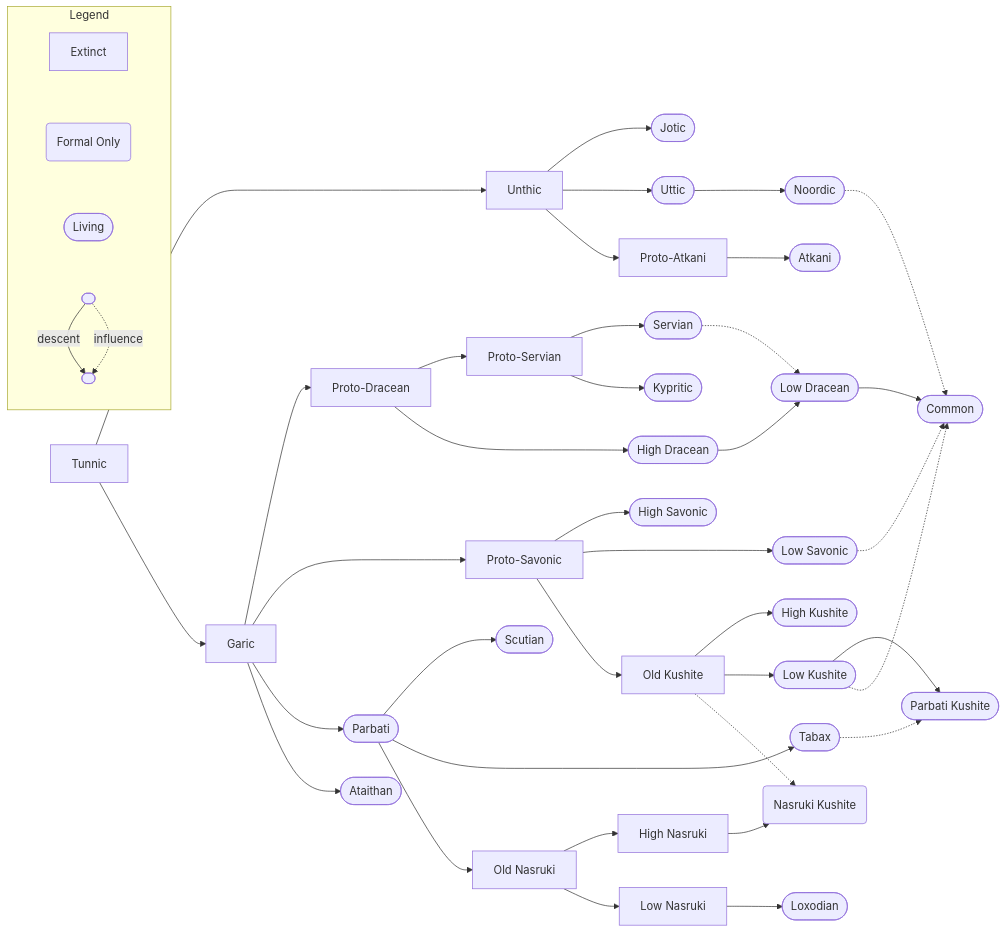
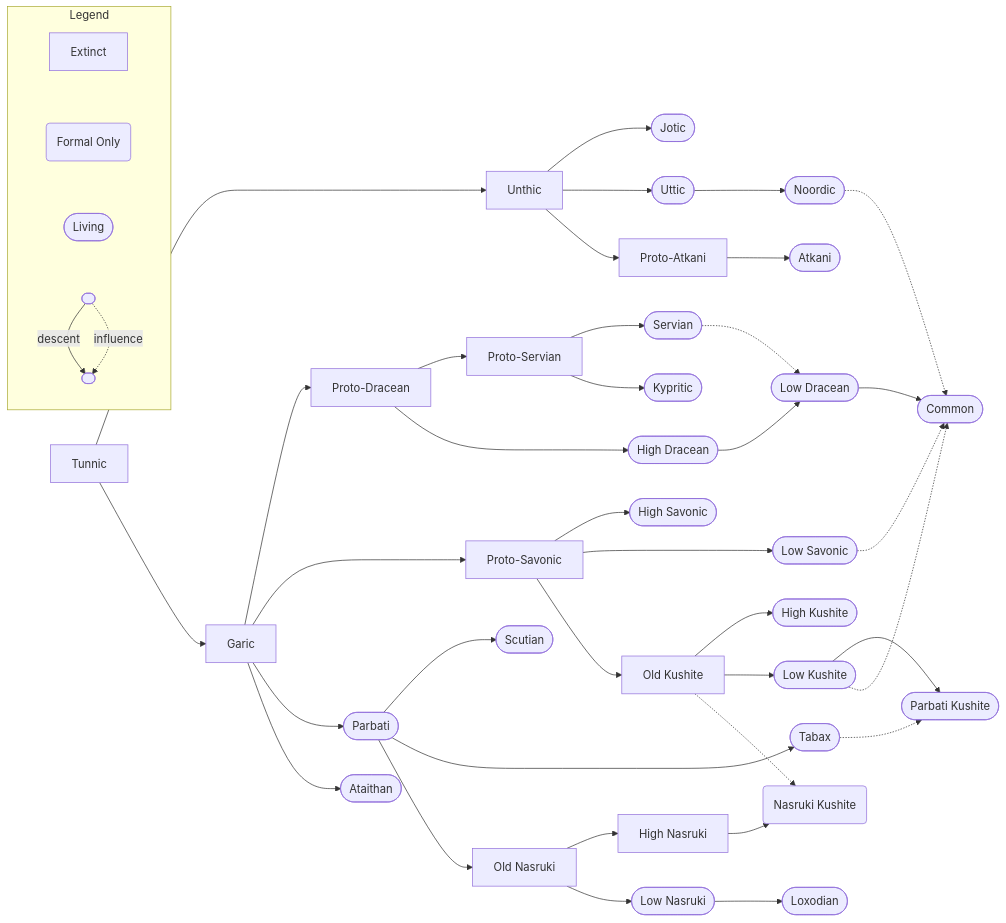
The diagram in source/lore/languages/index.md (TEParsons/Iuncterra), drawn with Mermaid before and after one commit. The commit also changed 1 other file, not shown here.

Commit message:
Add some lore about loxodon

```diff
--- a/source/lore/languages/index.md
+++ b/source/lore/languages/index.md
@@ -17,7 +17,7 @@
 parbati([Parbati])
 old-nasruki[Old Nasruki]
 high-nasruki[High Nasruki]
-low-nasruki[Low Nasruki]
+low-nasruki([Low Nasruki])
 loxodian([Loxodian])
 uttic([Uttic])
 jotic([Jotic])
```
